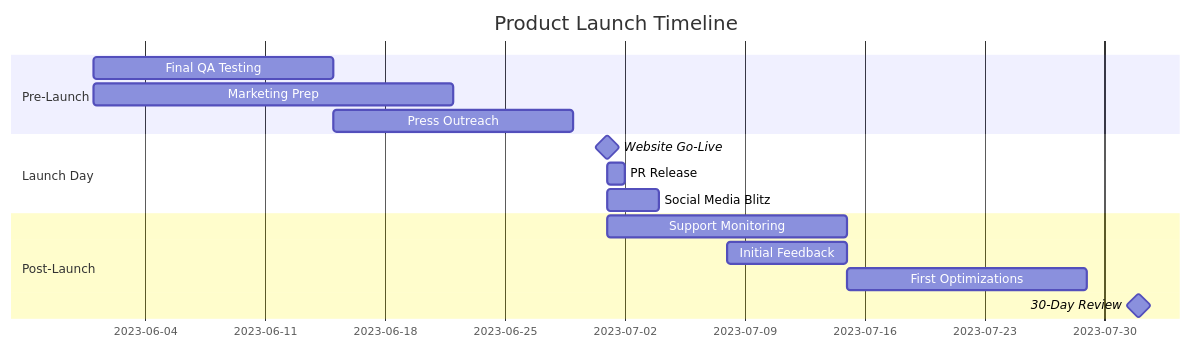
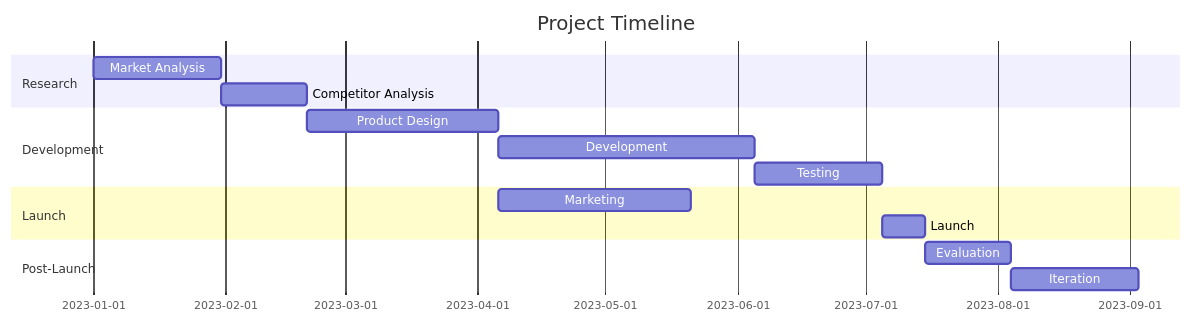
One commit to fenago/VibeBusinessPlanning changed the first of 3 diagrams in Module 5_ Concrete Products (Part 3 of 3).md. Above: the diagram before and after it, drawn with Mermaid. The commit also changed other lines of this file and 6 other files, not shown here.

Commit message:
Apply final comprehensive fixes to all Mermaid diagrams

````diff
--- a/Module 5_ Concrete Products (Part 3 of 3).md
+++ b/Module 5_ Concrete Products (Part 3 of 3).md
@@ -79,18 +79,18 @@
    ```mermaid
 gantt
-title Product Launch Timeline
-dateFormat  YYYY-MM-DD
-section Pre-Launch
-Final QA Testing      :a1, 2023-06-01, 14d
-Marketing Prep        :a2, 2023-06-01, 21d
-Press Outreach        :a3, 2023-06-15, 14d
-section Launch Day
-Website Go-Live       :milestone, 2023-07-01, 0d
-PR Release            :b1, 2023-07-01, 1d
-Social Media Blitz    :b2, 2023-07-01, 3d
-section Post-Launch
-Support Monitoring    :c1, 2023-07-01, 14d
-Initial Feedback      :c2, 2023-07-08, 7d
-First Optimizations   :c3, 2023-07-15, 14d
-30-Day Review         :milestone, 2023-08-01, 0d
+    title Project Timeline
+    dateFormat  YYYY-MM-DD
+    section Research
+    Market Analysis      :a1, 2023-01-01, 30d
+    Competitor Analysis  :a2, after a1, 20d
+    section Development
+    Product Design       :b1, after a2, 45d
+    Development          :b2, after b1, 60d
+    Testing              :b3, after b2, 30d
+    section Launch
+    Marketing            :c1, after b1, 45d
+    Launch               :c2, after b3, 10d
+    section Post-Launch
+    Evaluation           :d1, after c2, 20d
+    Iteration            :d2, after d1, 30d
 ```
````
